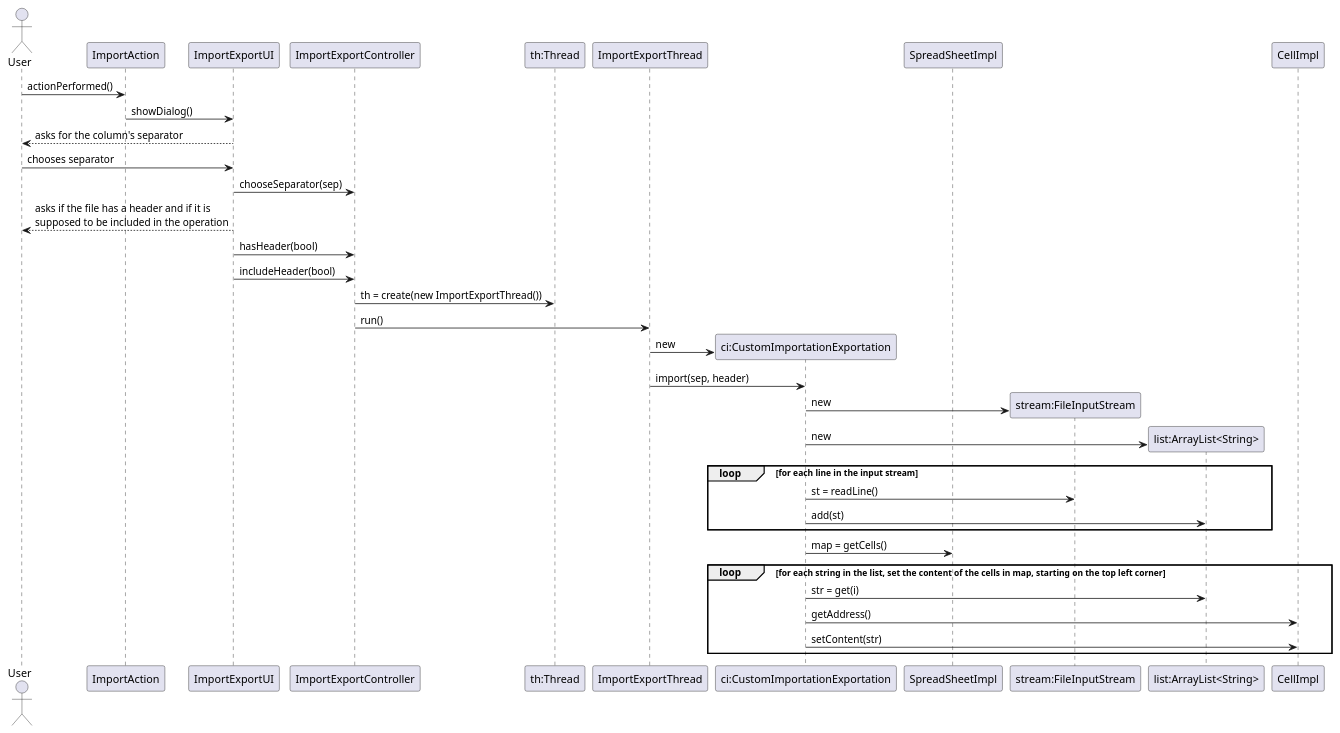
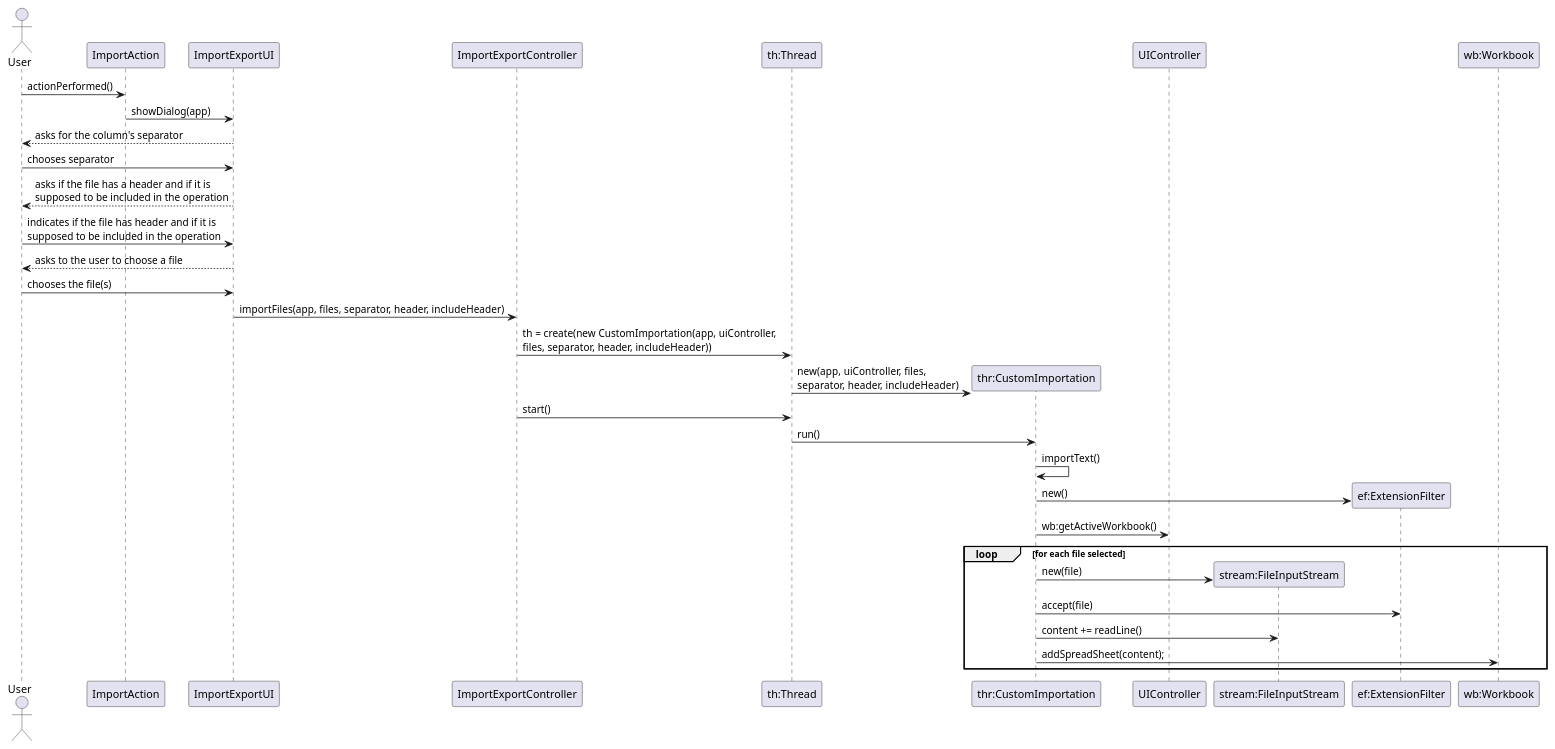
The diagram in src/csheets/userstories/ipc04_01/import_export_text/i130664/ipc04_01_sequence_diagram_import.puml (1130348/Confusao), drawn with PlantUML before and after one commit. The commit also changed 4 other files, not shown here.

```diff
--- a/src/csheets/userstories/ipc04_01/import_export_text/i130664/ipc04_01_sequence_diagram_import.puml
+++ b/src/csheets/userstories/ipc04_01/import_export_text/i130664/ipc04_01_sequence_diagram_import.puml
@@ -1,44 +1,41 @@
 @startuml doc-files/import_from_text_file_ipc04_01.png
  actor User
  participant "ImportAction" as iea
  participant "ImportExportUI" as ui
  participant "ImportExportController" as ctrl
  participant "th:Thread" as th
- participant "ImportExportThread" as thr
- participant "ci:CustomImportationExportation" as cie
- participant "SpreadSheetImpl" as ssi
+ participant "thr:CustomImportation" as thr
+ participant "UIController" as uictrl
  participant "stream:FileInputStream" as fis
- participant "list:ArrayList<String>" as list
+ participant "ef:ExtensionFilter" as ef
+ participant "wb:Workbook" as wb
 
 User -> iea : actionPerformed()
-iea -> ui : showDialog()
+iea -> ui : showDialog(app)
 User <-- ui : asks for the column's separator
 User -> ui : chooses separator
-ui -> ctrl : chooseSeparator(sep)
 User <-- ui : asks if the file has a header and if it is \nsupposed to be included in the operation
-ui -> ctrl : hasHeader(bool)
-ui -> ctrl : includeHeader(bool)
-ctrl -> th : th = create(new ImportExportThread())
-ctrl -> thr : run()
-create cie
-thr -> cie : new
-thr -> cie : import(sep, header)
+User -> ui : indicates if the file has header and if it is \nsupposed to be included in the operation
+User <-- ui : asks to the user to choose a file
+User -> ui : chooses the file(s)
+ui -> ctrl : importFiles(app, files, separator, header, includeHeader)
+ctrl -> th : th = create(new CustomImportation(app, uiController, \nfiles, separator, header, includeHeader))
+create thr
+th -> thr : new(app, uiController, files, \nseparator, header, includeHeader)
+ctrl -> th : start()
+th -> thr : run()
+thr -> thr : importText()
+create ef
+thr -> ef : new()
+thr -> uictrl : wb:getActiveWorkbook()
+loop for each file selected
 create fis
-cie -> fis : new
-create list
-cie -> list : new
-
-loop for each line in the input stream
-cie -> fis : st = readLine()
-cie -> list : add(st)
+thr -> fis : new(file)
+thr ->ef : accept(file)
+thr -> fis : content += readLine()
+thr -> wb : addSpreadSheet(content);
 end loop
 
-cie -> ssi : map = getCells()
 
-loop for each string in the list, set the content of the cells in map, starting on the top left corner
-cie -> list : str = get(i)
-cie -> CellImpl : getAddress()
-cie -> CellImpl : setContent(str)
-end loop
 
 @enduml
```
